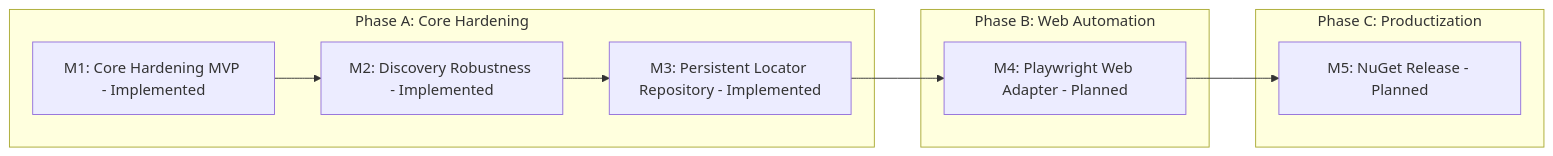
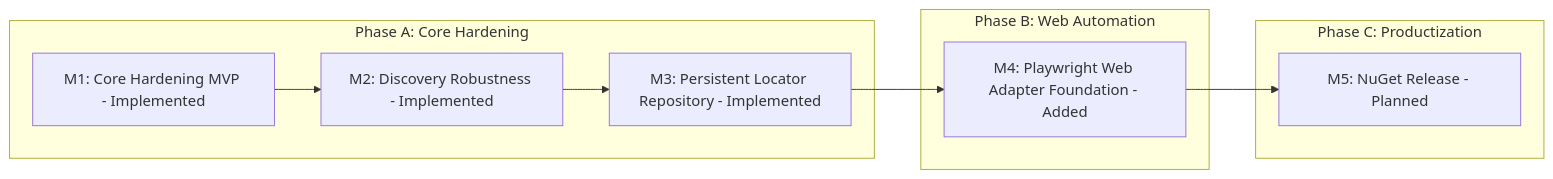
The third of 3 diagrams in README.md (mustafasercansak/automation-sandbox), drawn with Mermaid before and after one commit. The commit also changed other lines of this file and 12 other files, not shown here.

Commit message:
feat: implement WebDiscovery library for Playwright element interaction and automated DOM capture

````diff
--- a/README.md
+++ b/README.md
@@ -352,16 +378,16 @@
 ```mermaid
 graph LR
     subgraph PhaseA [Phase A: Core Hardening]
         M1[M1: Core Hardening MVP - Implemented]
         M2[M2: Discovery Robustness - Implemented]
         M3[M3: Persistent Locator Repository - Implemented]
         M1 --> M2 --> M3
     end
     subgraph PhaseB [Phase B: Web Automation]
-        M4[M4: Playwright Web Adapter - Planned]
+        M4[M4: Playwright Web Adapter Foundation - Added]
     end
     subgraph PhaseC [Phase C: Productization]
         M5[M5: NuGet Release - Planned]
     end
     M3 --> M4 --> M5
 ```
````
